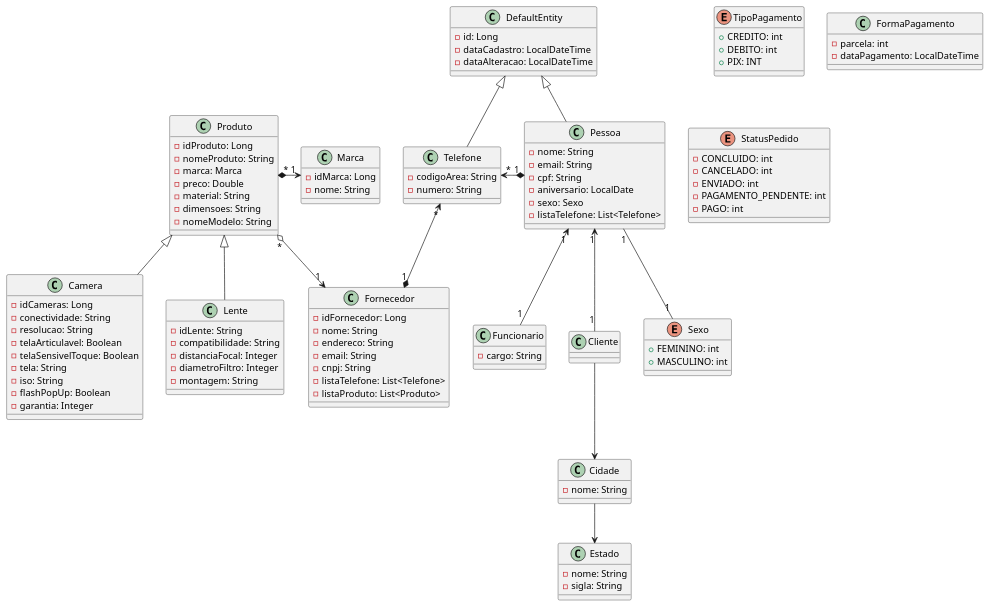
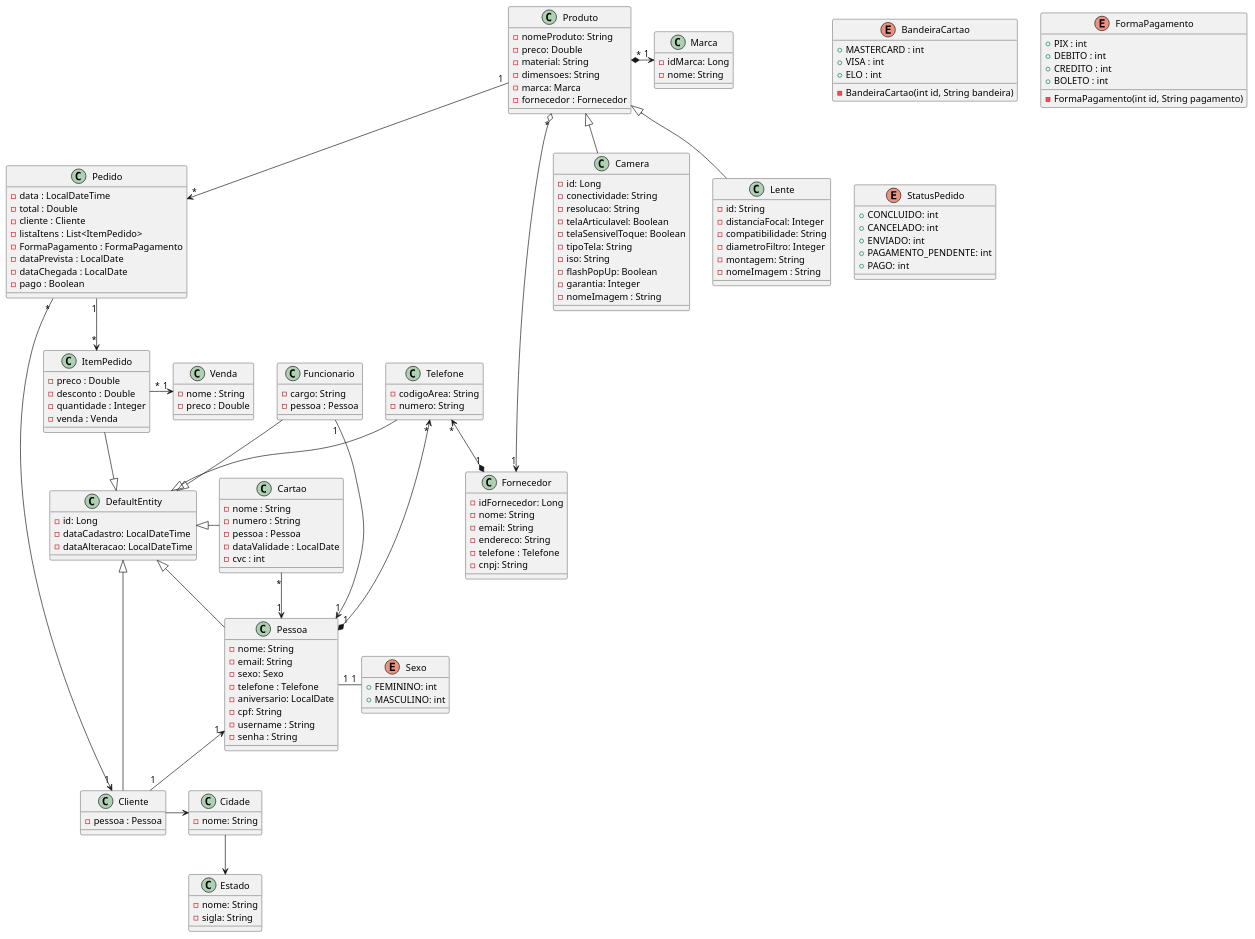
Before and after one commit to HugoValuar03/ecommerce: the diagram in modelo.plantuml, drawn with PlantUML. The commit also changed 61 other files, not shown here.

```diff
--- a/modelo.plantuml
+++ b/modelo.plantuml
@@ -1,127 +1,175 @@
 @startuml ecommerce
 class Pessoa{
   - nome: String
   - email: String
+  - sexo: Sexo
+  - telefone : Telefone
+  - aniversario: LocalDate
   - cpf: String
-  - aniversario: LocalDate
-  - sexo: Sexo
-  - listaTelefone: List<Telefone>
+  - username : String
+  - senha : String
 }
 
 class Funcionario{
   - cargo: String 
+  - pessoa : Pessoa
 }
 
 class Cliente{
-
+  - pessoa : Pessoa
 }
 
 
 Enum Sexo{
   + FEMININO: int
   + MASCULINO: int
 }
 
 
 class Fornecedor{
   - idFornecedor: Long
   - nome: String
+  - email: String
   - endereco: String 
-  - email: String
+  - telefone : Telefone
   - cnpj: String
-  - listaTelefone: List<Telefone>
-  - listaProduto: List<Produto>
 }
 
 class Produto{
-  - idProduto: Long
   - nomeProduto: String
-  - marca: Marca
   - preco: Double
   - material: String
   - dimensoes: String
-  - nomeModelo: String
+  - marca: Marca
+  - fornecedor : Fornecedor
 }
 
 class Camera{
-  - idCameras: Long
+  - id: Long
   - conectividade: String
   - resolucao: String
   - telaArticulavel: Boolean
   - telaSensivelToque: Boolean
-  - tela: String
+  - tipoTela: String
   - iso: String
   - flashPopUp: Boolean
   - garantia: Integer
+  - nomeImagem : String
 }
 
 class Marca{
   - idMarca: Long
   - nome: String
 }
 
 class Lente{
-  - idLente: String
+  - id: String
+  - distanciaFocal: Integer
   - compatibilidade: String
-  - distanciaFocal: Integer
   - diametroFiltro: Integer
   - montagem: String
+  - nomeImagem : String
 }
 
 class DefaultEntity{
   - id: Long
   - dataCadastro: LocalDateTime
   - dataAlteracao: LocalDateTime
 }
 
 class Telefone{
   - codigoArea: String
   - numero: String
 }
 
-enum TipoPagamento{
-  + CREDITO: int
-  + DEBITO: int
-  + PIX: INT
+enum BandeiraCartao{
+  + MASTERCARD : int
+  + VISA : int
+  + ELO : int
+  - BandeiraCartao(int id, String bandeira)
 }
 
-class FormaPagamento{
-  - parcela: int
-  - dataPagamento: LocalDateTime
+enum FormaPagamento{
+  + PIX : int
+  + DEBITO : int
+  + CREDITO : int
+  + BOLETO : int
+  - FormaPagamento(int id, String pagamento)
 }
 
 enum StatusPedido {
-    - CONCLUIDO: int
-    - CANCELADO: int
-    - ENVIADO: int
-    - PAGAMENTO_PENDENTE: int
-    - PAGO: int
+    + CONCLUIDO: int
+    + CANCELADO: int
+    + ENVIADO: int
+    + PAGAMENTO_PENDENTE: int
+    + PAGO: int
 }
 
 class Cidade{
   - nome: String
 }
 
 class Estado{
   - nome: String
   - sigla: String
 }
 
-Cliente --> Cidade
+class Cartao{
+  - nome : String
+  - numero : String
+  - pessoa : Pessoa
+  - dataValidade : LocalDate
+  - cvc : int
+}
+
+class ItemPedido{
+  - preco : Double
+  - desconto : Double
+  - quantidade : Integer
+  - venda : Venda
+}
+
+class Pedido{
+  - data : LocalDateTime
+  - total : Double
+  - cliente : Cliente
+  - listaItens : List<ItemPedido>
+  - FormaPagamento : FormaPagamento
+  - dataPrevista : LocalDate
+  - dataChegada : LocalDate
+  - pago : Boolean
+}
+
+class Venda{
+  - nome : String
+  - preco : Double
+}
+
+Cliente -right-> Cidade
 Cidade --> Estado 
 
+Produto "1" --> "*" Pedido
+ItemPedido --|> DefaultEntity
+Funcionario --|> DefaultEntity
+Cliente --|> DefaultEntity
+Cartao -left-|> DefaultEntity
+Telefone --|> DefaultEntity
+
+Pedido "1" --> "*" ItemPedido
+Pedido "*" -right-> "1" Cliente 
+ItemPedido "*" -right-> "1" Venda
+Cartao "*" --> "1" Pessoa
 Pessoa "1" *-left-> "*" Telefone
-Pessoa "1" <-- "1" Funcionario
+Pessoa "1" <-left- "1" Funcionario
 Pessoa "1" <-- "1" Cliente
-Pessoa "1" -- "1" Sexo
-DefaultEntity <|-- Telefone
+Pessoa "1" -right- "1" Sexo
 
 Pessoa -up-|> DefaultEntity 
 
 Marca "1" <-left-* "*" Produto
 
 Fornecedor "1" *-up-> "*" Telefone
 Produto "*" o--> "1" Fornecedor
 Produto <|-- Camera
 Produto <|-- Lente
 @enduml
```
